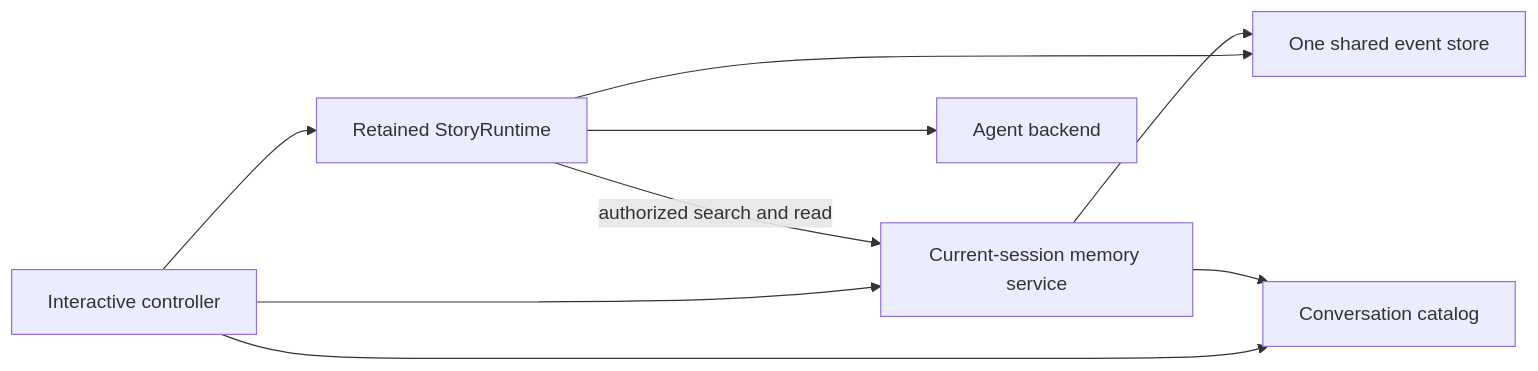
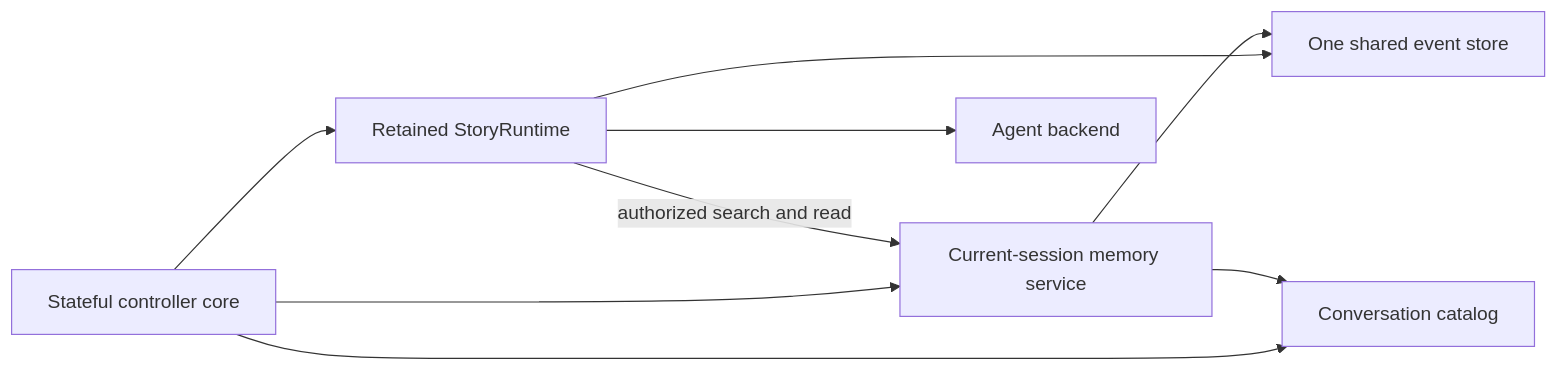
The diagram in docs/design/overview.md (Kims-DeveloperGroup/story-writing-agents), drawn with Mermaid before and after one commit. The commit also changed other lines of this file and 13 other files, not shown here.

Commit message:
Split interactive controller responsibilities

````diff
--- a/docs/design/overview.md
+++ b/docs/design/overview.md
@@ -59,13 +57,13 @@
 ```mermaid
 flowchart LR
     accTitle: Interactive conversation ownership
     accDescr: The controller passes its current-session memory service to the runtime, which alone authorizes provider-requested reads.
-    C[Interactive controller] --> R[Retained StoryRuntime]
+    C[Stateful controller core] --> R[Retained StoryRuntime]
     C --> M[Current-session memory service]
     C --> K[Conversation catalog]
     R -->|authorized search and read| M
     R --> B[Agent backend]
     R --> E[One shared event store]
     M --> E
     M --> K
 ```
````
